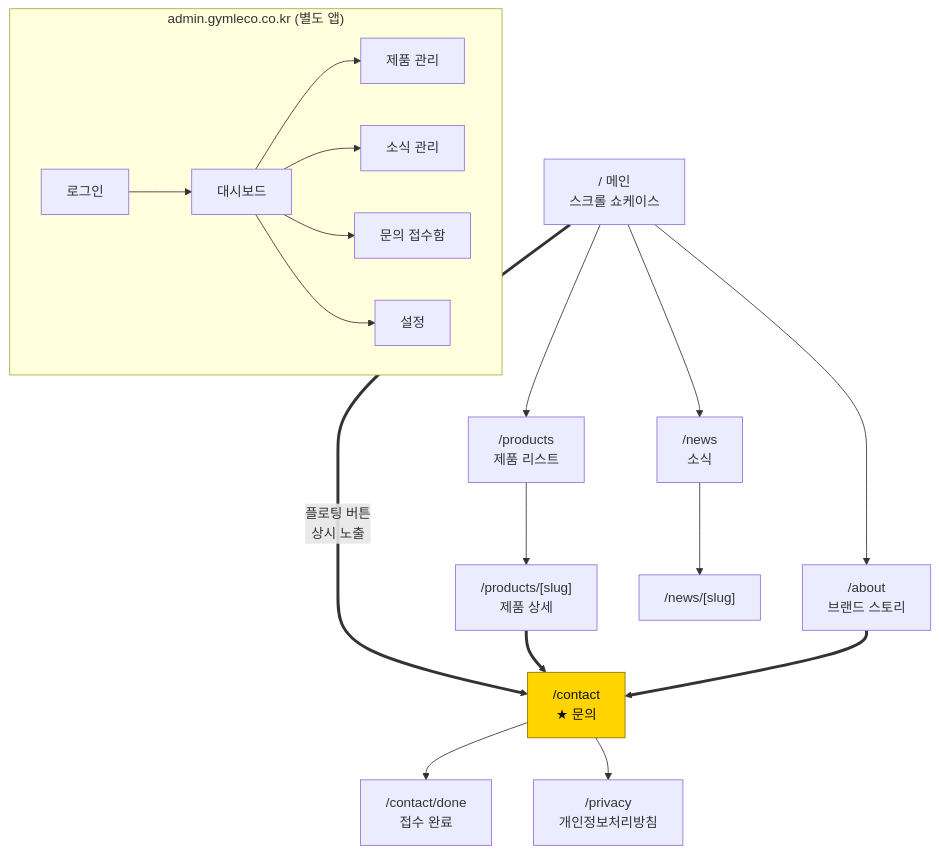
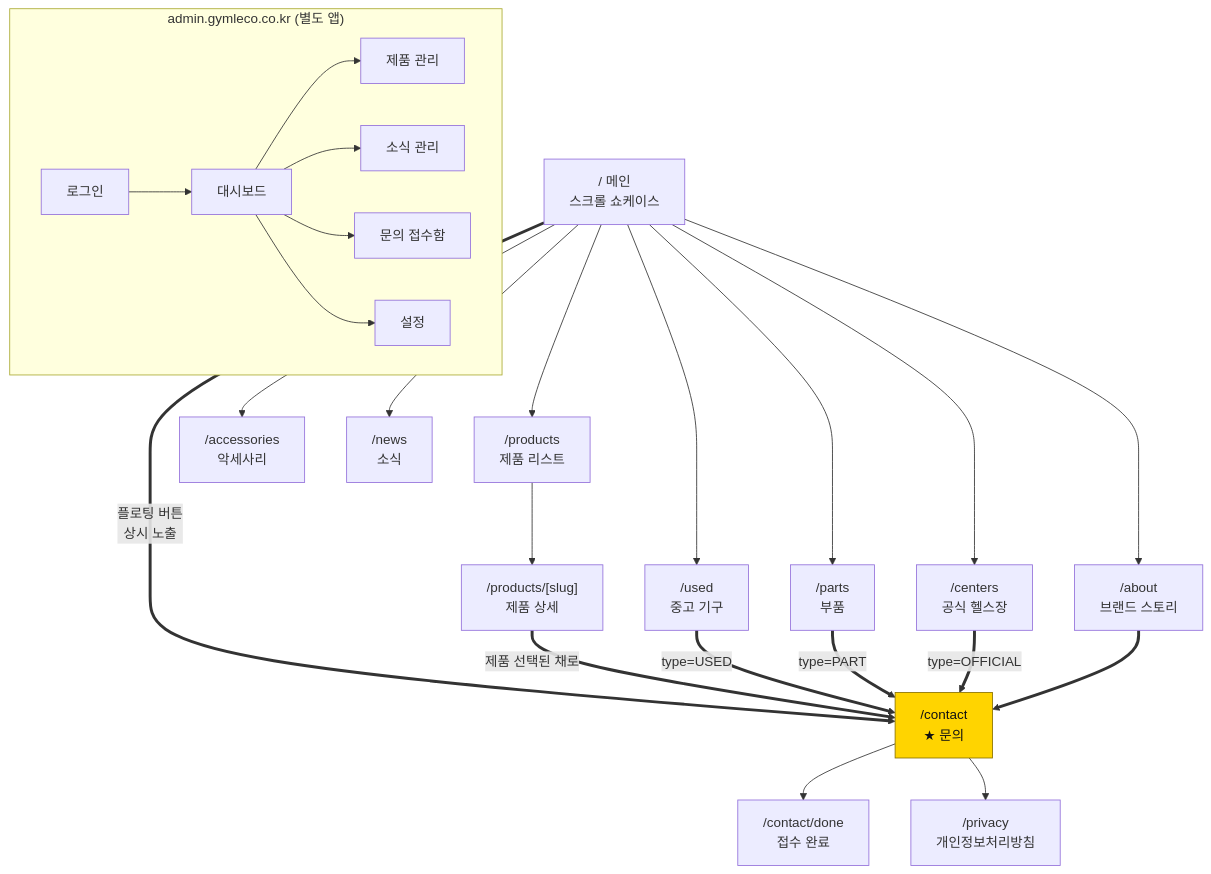
Before and after one commit to gymleco/.github: the first of 4 diagrams in docs/04-screens.md, drawn with Mermaid. The commit also changed other lines of this file and 6 other files, not shown here.

````diff
--- a/docs/04-screens.md
+++ b/docs/04-screens.md
@@ -11,32 +11,42 @@
 ```mermaid
 flowchart TD
     HOME["/ 메인<br/>스크롤 쇼케이스"]
     ABOUT["/about<br/>브랜드 스토리"]
     PLIST["/products<br/>제품 리스트"]
     PDETAIL["/products/[slug]<br/>제품 상세"]
+    USED["/used<br/>중고 기구"]
+    PARTS["/parts<br/>부품"]
+    ACC["/accessories<br/>악세사리"]
+    CENTERS["/centers<br/>공식 헬스장"]
     NEWS["/news<br/>소식"]
-    NDETAIL["/news/[slug]"]
     CONTACT["/contact<br/>★ 문의"]
     DONE["/contact/done<br/>접수 완료"]
     PRIVACY["/privacy<br/>개인정보처리방침"]
 
     HOME --> PLIST --> PDETAIL
+    HOME --> USED
+    HOME --> PARTS
+    HOME --> ACC
+    HOME --> CENTERS
     HOME --> ABOUT
-    HOME --> NEWS --> NDETAIL
+    HOME --> NEWS
     HOME ==>|"플로팅 버튼<br/>상시 노출"| CONTACT
-    PDETAIL ==> CONTACT
+    PDETAIL ==>|"제품 선택된 채로"| CONTACT
+    USED ==>|"type=USED"| CONTACT
+    PARTS ==>|"type=PART"| CONTACT
+    CENTERS ==>|"type=OFFICIAL"| CONTACT
     ABOUT ==> CONTACT
     CONTACT --> DONE
     CONTACT --> PRIVACY
 
     subgraph admin["admin.gymleco.co.kr (별도 앱)"]
         LOGIN["로그인"] --> DASH["대시보드"]
         DASH --> APROD["제품 관리"]
         DASH --> ANEWS["소식 관리"]
         DASH --> AINQ["문의 접수함"]
         DASH --> ASET["설정"]
     end
 
     classDef cta fill:#ffd400,stroke:#8a7200,color:#111
     class CONTACT cta
 ```
````
